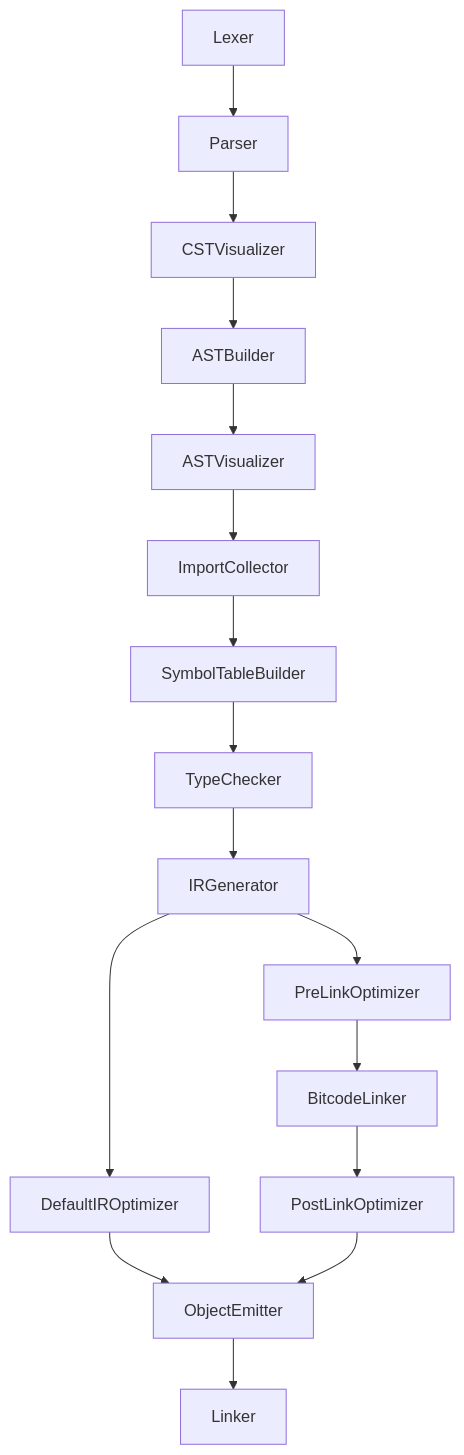
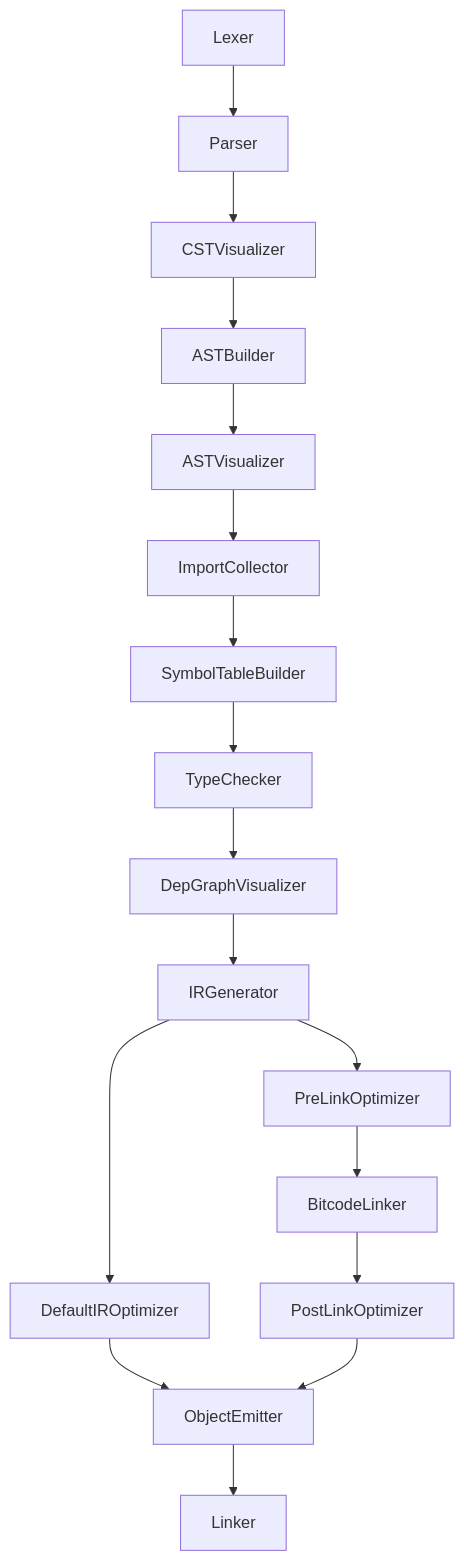
Before and after one commit to spicelang/spice: the diagram in media/specs/compile-stages.md, drawn with Mermaid. The commit also changed other lines of this file and 14 other files, not shown here.

Commit message:
Support dependency graph dump

````diff
--- a/media/specs/compile-stages.md
+++ b/media/specs/compile-stages.md
@@ -8,21 +8,22 @@
 ```mermaid
 graph TD;
     Lexer-->
     Parser-->
     CSTVisualizer-->
     ASTBuilder-->
     ASTVisualizer-->
     ImportCollector-->
     SymbolTableBuilder-->
     TypeChecker-->
+    DepGraphVisualizer-->
     IRGenerator-->
     DefaultIROptimizer-->
     ObjectEmitter-->
     Linker;
     
     IRGenerator-->
     PreLinkOptimizer-->
     BitcodeLinker-->
     PostLinkOptimizer-->
     ObjectEmitter;
 ```
````
